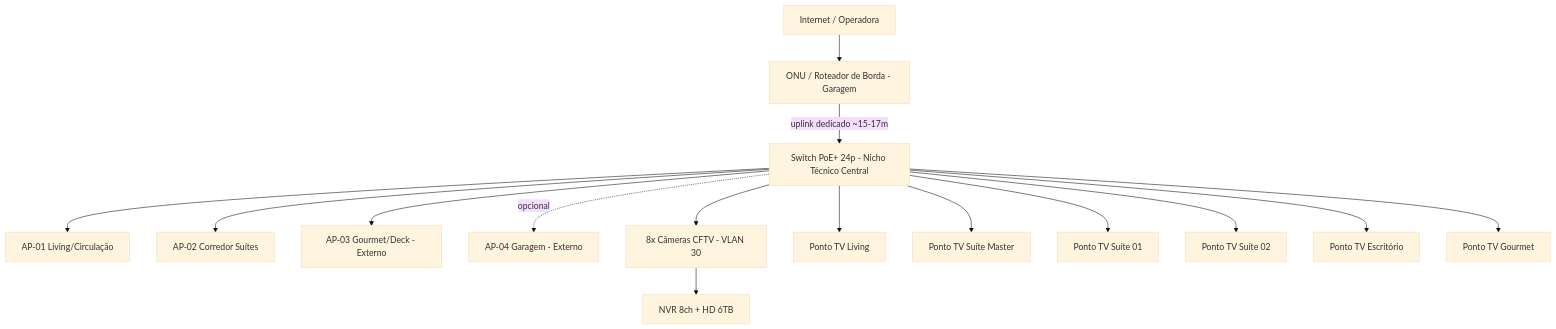
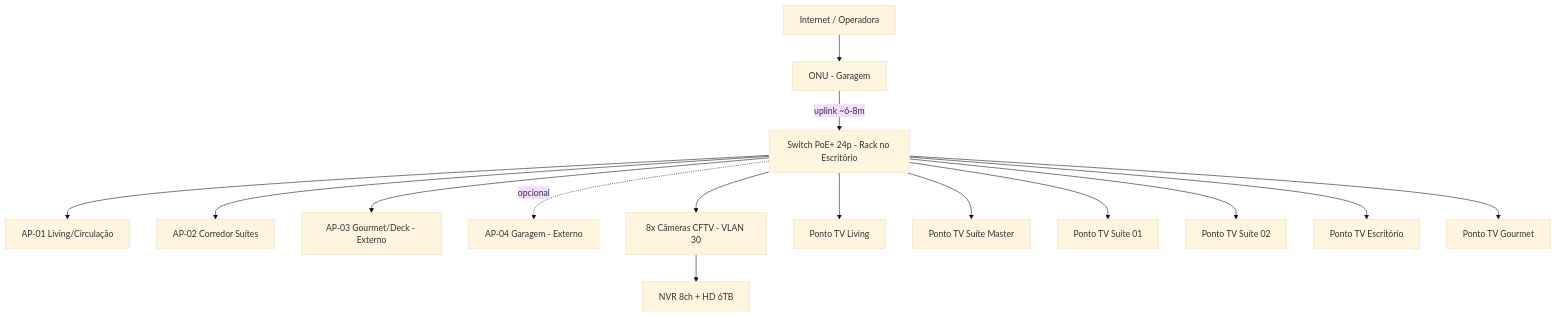
One commit to ipsuporte/projeto_cliente_mp changed the diagram in SWISS-J26-Patrick/escopo-rede-wifi-cftv-cabeamento.md. Above: the diagram before and after it, drawn with Mermaid (base theme). The commit also changed other lines of this file, not shown here.

First line of the commit message:
Atualiza local do rack para o Escritório por definição do cliente

````diff
--- a/SWISS-J26-Patrick/escopo-rede-wifi-cftv-cabeamento.md
+++ b/SWISS-J26-Patrick/escopo-rede-wifi-cftv-cabeamento.md
@@ -226,17 +226,17 @@
 ```mermaid
 flowchart TB
-    INT[Internet / Operadora] --> ONU[ONU / Roteador de Borda - Garagem]
-    ONU -- uplink dedicado ~15-17m --> SW[Switch PoE+ 24p - Nicho Técnico Central]
+    INT[Internet / Operadora] --> ONU[ONU - Garagem]
+    ONU -- uplink ~6-8m --> SW[Switch PoE+ 24p - Rack no Escritório]
     SW --> AP1[AP-01 Living/Circulação]
     SW --> AP2[AP-02 Corredor Suítes]
     SW --> AP3[AP-03 Gourmet/Deck - Externo]
     SW -.opcional.-> AP4[AP-04 Garagem - Externo]
     SW --> CAM[8x Câmeras CFTV - VLAN 30]
     CAM --> NVR[NVR 8ch + HD 6TB]
     SW --> TV1[Ponto TV Living]
     SW --> TV2[Ponto TV Suíte Master]
     SW --> TV3[Ponto TV Suíte 01]
     SW --> TV4[Ponto TV Suíte 02]
     SW --> TV5[Ponto TV Escritório]
     SW --> TV6[Ponto TV Gourmet]
 ```
````
